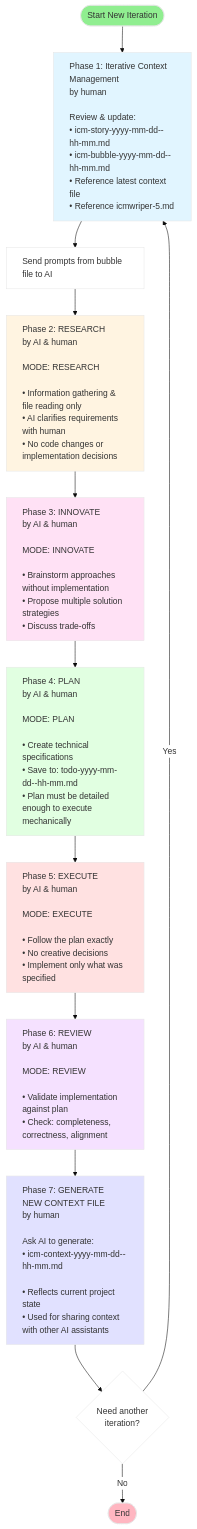
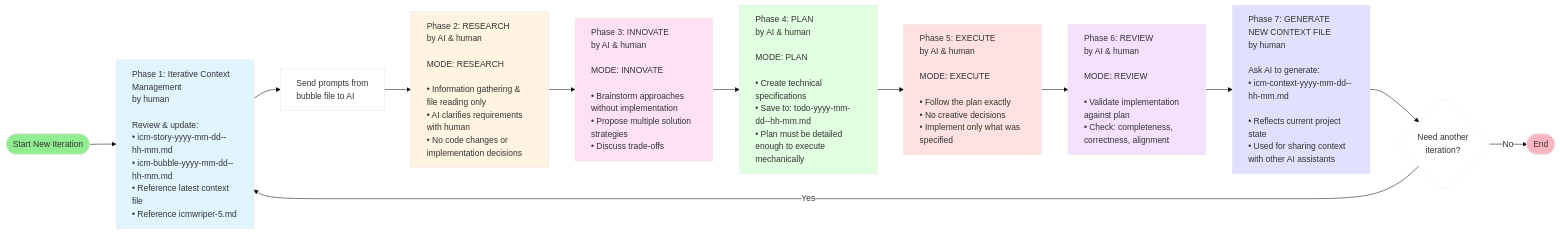
One commit to wubin28/ICMwRIPER-5 changed the diagram in icm-workflow-2025-10-19--09-11.mmd. Above: the diagram before and after it, drawn with Mermaid. The commit also changed 1 other file, not shown here.

Commit message:
docs: made the icm workflow from TD to LR in order to show it in one page

```diff
--- a/icm-workflow-2025-10-19--09-11.mmd
+++ b/icm-workflow-2025-10-19--09-11.mmd
@@ -1,32 +1,32 @@
 %%{init: {'theme':'base', 'themeVariables': { 'primaryColor':'#ffffff'}}}%%
-flowchart TD
+flowchart LR
     Start([Start New Iteration]) --> ICM["<div style='text-align: left'>Phase 1: Iterative Context Management<br/>by human<br/><br/>Review & update:<br/>• icm-story-yyyy-mm-dd--hh-mm.md<br/>• icm-bubble-yyyy-mm-dd--hh-mm.md<br/>• Reference latest context file<br/>• Reference icmwriper-5.md</div>"]
 
-    ICM --> SendPrompt["<div style='text-align: left'>Send prompts from bubble file to AI</div>"]
+    ICM --> SendPrompt["<div style='text-align: left'>Send prompts from<br/>bubble file to AI</div>"]
 
     SendPrompt --> Research["<div style='text-align: left'>Phase 2: RESEARCH<br/>by AI & human<br/><br/>MODE: RESEARCH<br/><br/>• Information gathering & file reading only<br/>• AI clarifies requirements with human<br/>• No code changes or implementation decisions</div>"]
 
     Research --> Innovate["<div style='text-align: left'>Phase 3: INNOVATE<br/>by AI & human<br/><br/>MODE: INNOVATE<br/><br/>• Brainstorm approaches without implementation<br/>• Propose multiple solution strategies<br/>• Discuss trade-offs</div>"]
 
     Innovate --> Plan["<div style='text-align: left'>Phase 4: PLAN<br/>by AI & human<br/><br/>MODE: PLAN<br/><br/>• Create technical specifications<br/>• Save to: todo-yyyy-mm-dd--hh-mm.md<br/>• Plan must be detailed enough to execute mechanically</div>"]
 
     Plan --> Execute["<div style='text-align: left'>Phase 5: EXECUTE<br/>by AI & human<br/><br/>MODE: EXECUTE<br/><br/>• Follow the plan exactly<br/>• No creative decisions<br/>• Implement only what was specified</div>"]
 
     Execute --> Review["<div style='text-align: left'>Phase 6: REVIEW<br/>by AI & human<br/><br/>MODE: REVIEW<br/><br/>• Validate implementation against plan<br/>• Check: completeness, correctness, alignment</div>"]
 
     Review --> GenContext["<div style='text-align: left'>Phase 7: GENERATE NEW CONTEXT FILE<br/>by human<br/><br/>Ask AI to generate:<br/>• icm-context-yyyy-mm-dd--hh-mm.md<br/><br/>• Reflects current project state<br/>• Used for sharing context with other AI assistants</div>"]
 
     GenContext --> Decision{Need another<br/>iteration?}
 
     Decision -->|Yes| ICM
     Decision -->|No| End([End])
 
     style ICM fill:#e1f5ff
     style Research fill:#fff4e1
     style Innovate fill:#ffe1f5
     style Plan fill:#e1ffe1
     style Execute fill:#ffe1e1
     style Review fill:#f5e1ff
     style GenContext fill:#e1e1ff
     style Start fill:#90EE90
     style End fill:#FFB6C1
```
